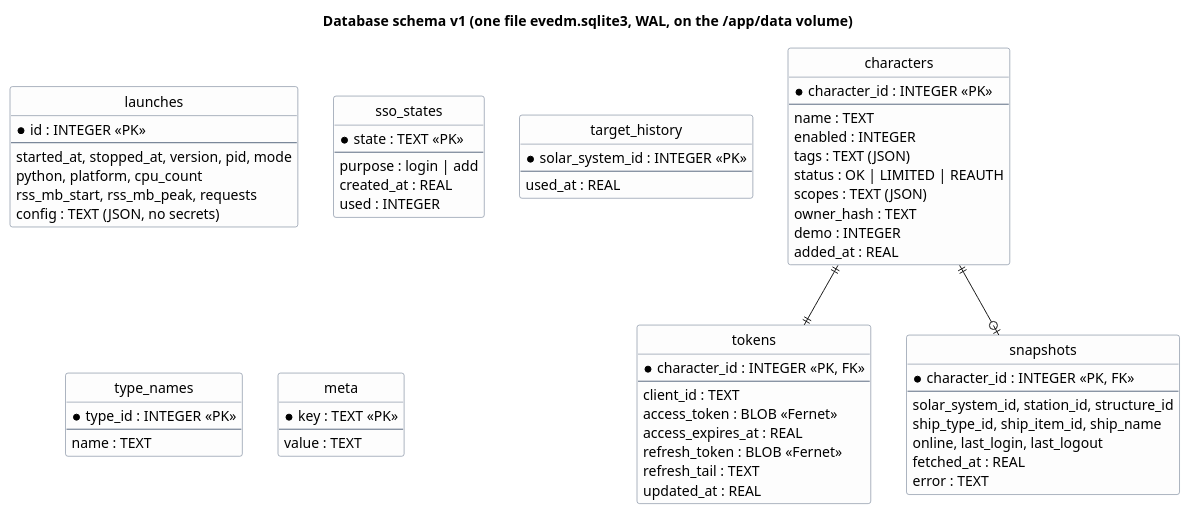
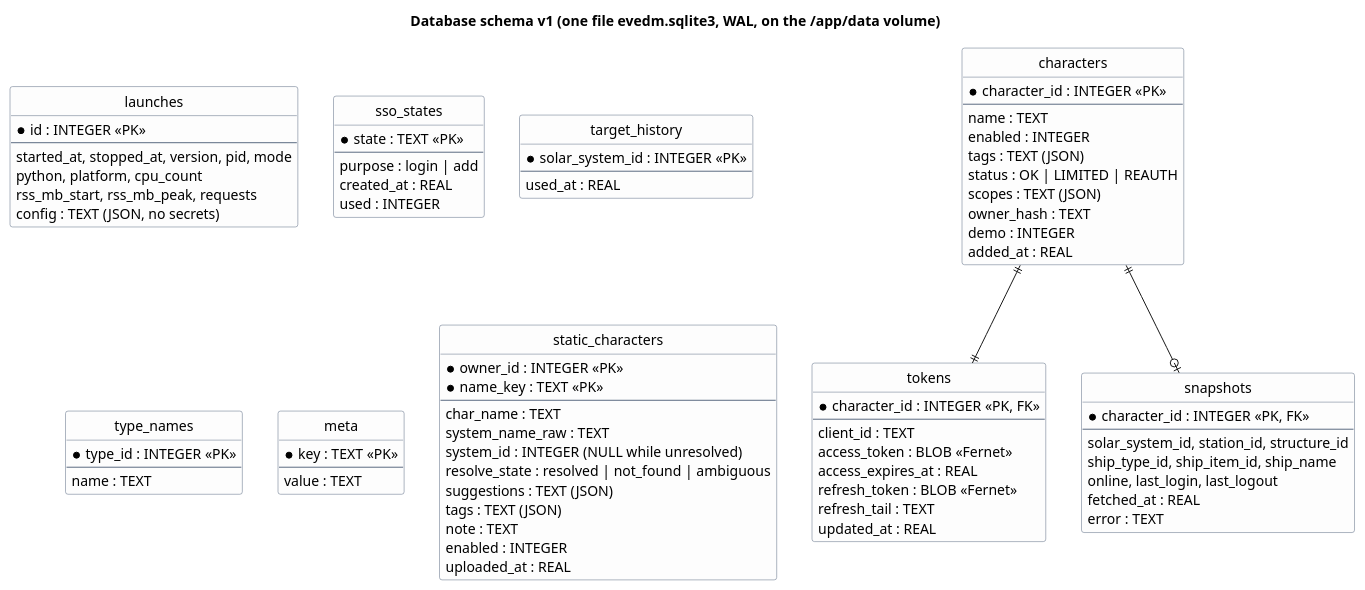
The diagram in docs/c4/09-data-model.puml (Headruner/war-bot-2), drawn with PlantUML before and after one commit. The commit also changed 6 other files, not shown here.

```diff
--- a/docs/c4/09-data-model.puml
+++ b/docs/c4/09-data-model.puml
@@ -1,73 +1,87 @@
 @startuml data-model
 title Database schema v1 (one file evedm.sqlite3, WAL, on the /app/data volume)
 skinparam shadowing false
 hide circle
 hide methods
 skinparam class {
   BackgroundColor #FDFDFD
   BorderColor #5B6B82
 }
 entity characters {
   * character_id : INTEGER <<PK>>
   --
   name : TEXT
   enabled : INTEGER
   tags : TEXT (JSON)
   status : OK | LIMITED | REAUTH
   scopes : TEXT (JSON)
   owner_hash : TEXT
   demo : INTEGER
   added_at : REAL
 }
 entity tokens {
   * character_id : INTEGER <<PK, FK>>
   --
   client_id : TEXT
   access_token : BLOB <<Fernet>>
   access_expires_at : REAL
   refresh_token : BLOB <<Fernet>>
   refresh_tail : TEXT
   updated_at : REAL
 }
 entity snapshots {
   * character_id : INTEGER <<PK, FK>>
   --
   solar_system_id, station_id, structure_id
   ship_type_id, ship_item_id, ship_name
   online, last_login, last_logout
   fetched_at : REAL
   error : TEXT
 }
 entity launches {
   * id : INTEGER <<PK>>
   --
   started_at, stopped_at, version, pid, mode
   python, platform, cpu_count
   rss_mb_start, rss_mb_peak, requests
   config : TEXT (JSON, no secrets)
 }
 entity sso_states {
   * state : TEXT <<PK>>
   --
   purpose : login | add
   created_at : REAL
   used : INTEGER
 }
 entity target_history {
   * solar_system_id : INTEGER <<PK>>
   --
   used_at : REAL
 }
 entity type_names {
   * type_id : INTEGER <<PK>>
   --
   name : TEXT
 }
 entity meta {
   * key : TEXT <<PK>>
   --
   value : TEXT
 }
+entity static_characters {
+  * owner_id : INTEGER <<PK>>
+  * name_key : TEXT <<PK>>
+  --
+  char_name : TEXT
+  system_name_raw : TEXT
+  system_id : INTEGER (NULL while unresolved)
+  resolve_state : resolved | not_found | ambiguous
+  suggestions : TEXT (JSON)
+  tags : TEXT (JSON)
+  note : TEXT
+  enabled : INTEGER
+  uploaded_at : REAL
+}
 characters ||--|| tokens
 characters ||--o| snapshots
 @enduml
```
